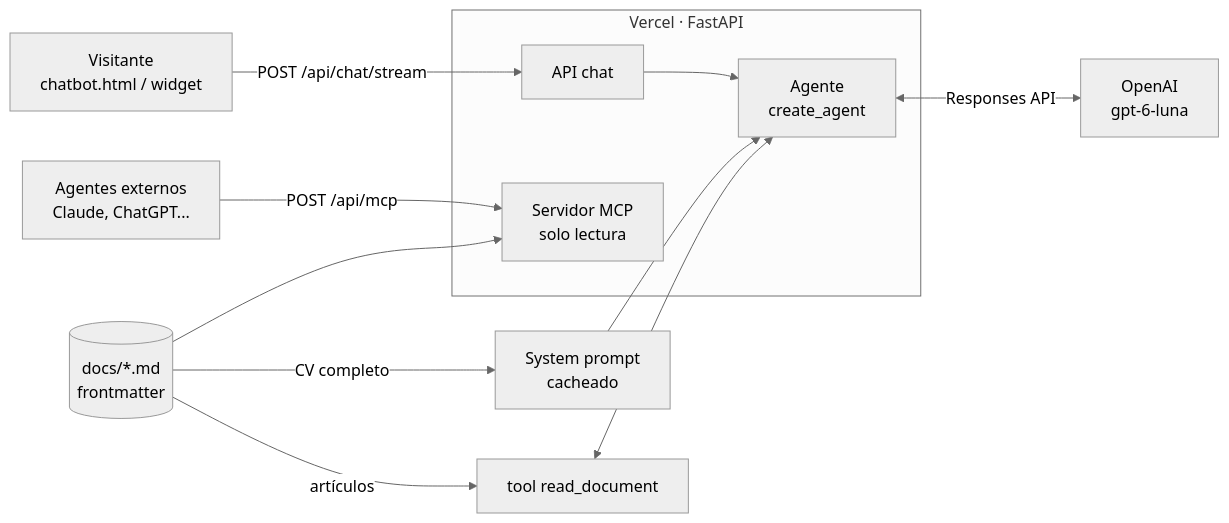
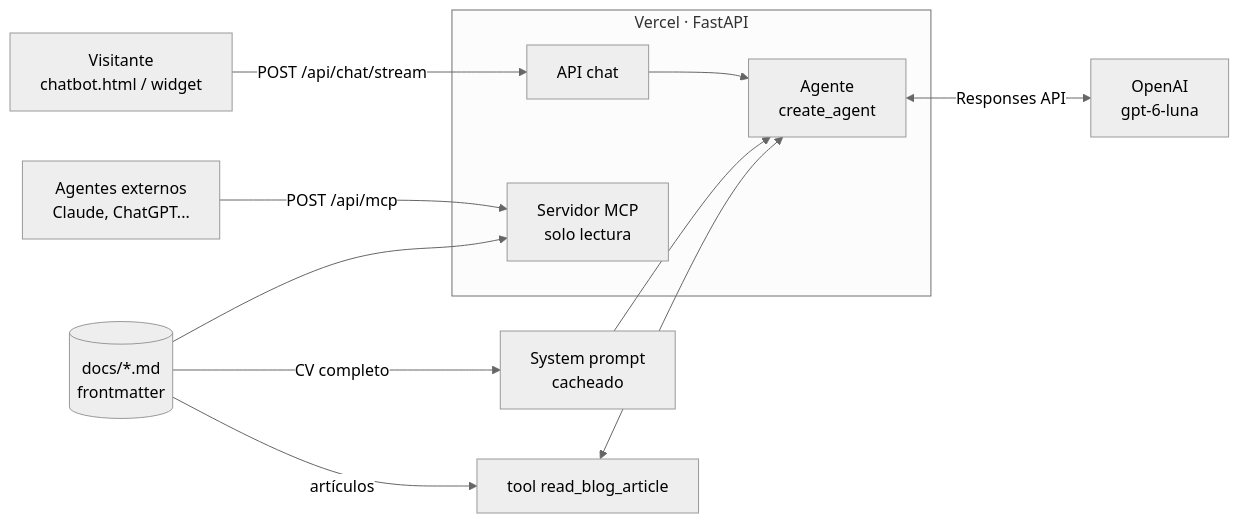
One commit to DemetrioTahoces/DemetrioTahoces.github.io changed the first of 2 diagrams in CV/Chatbot/README.md. Above: the diagram before and after it, drawn with Mermaid (neutral theme). The commit also changed other lines of this file and 10 other files, not shown here.

First line of the commit message:
fix: la tool del agente solo lee artículos del blog

````diff
--- a/CV/Chatbot/README.md
+++ b/CV/Chatbot/README.md
@@ -17,17 +17,17 @@
 ```mermaid
 flowchart LR
     U[Visitante<br/>chatbot.html / widget] -->|POST /api/chat/stream| API
     A[Agentes externos<br/>Claude, ChatGPT...] -->|POST /api/mcp| MCP
 
     subgraph Vercel [Vercel · FastAPI]
         API[API chat] --> AG[Agente<br/>create_agent]
         MCP[Servidor MCP<br/>solo lectura]
     end
 
     KB[(docs/*.md<br/>frontmatter)] -->|CV completo| SP[System prompt<br/>cacheado]
-    KB -->|artículos| T[tool read_document]
+    KB -->|artículos| T[tool read_blog_article]
     KB --> MCP
     SP --> AG
     T <--> AG
     AG <-->|Responses API| O[OpenAI<br/>gpt-6-luna]
 ```
````
